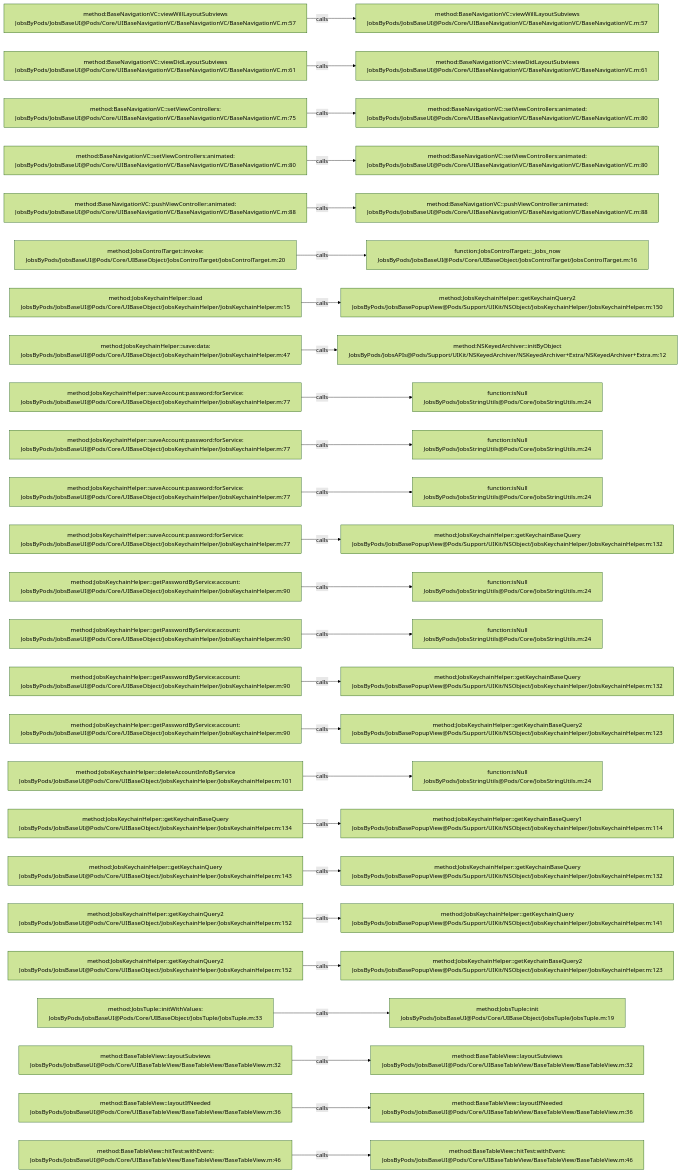
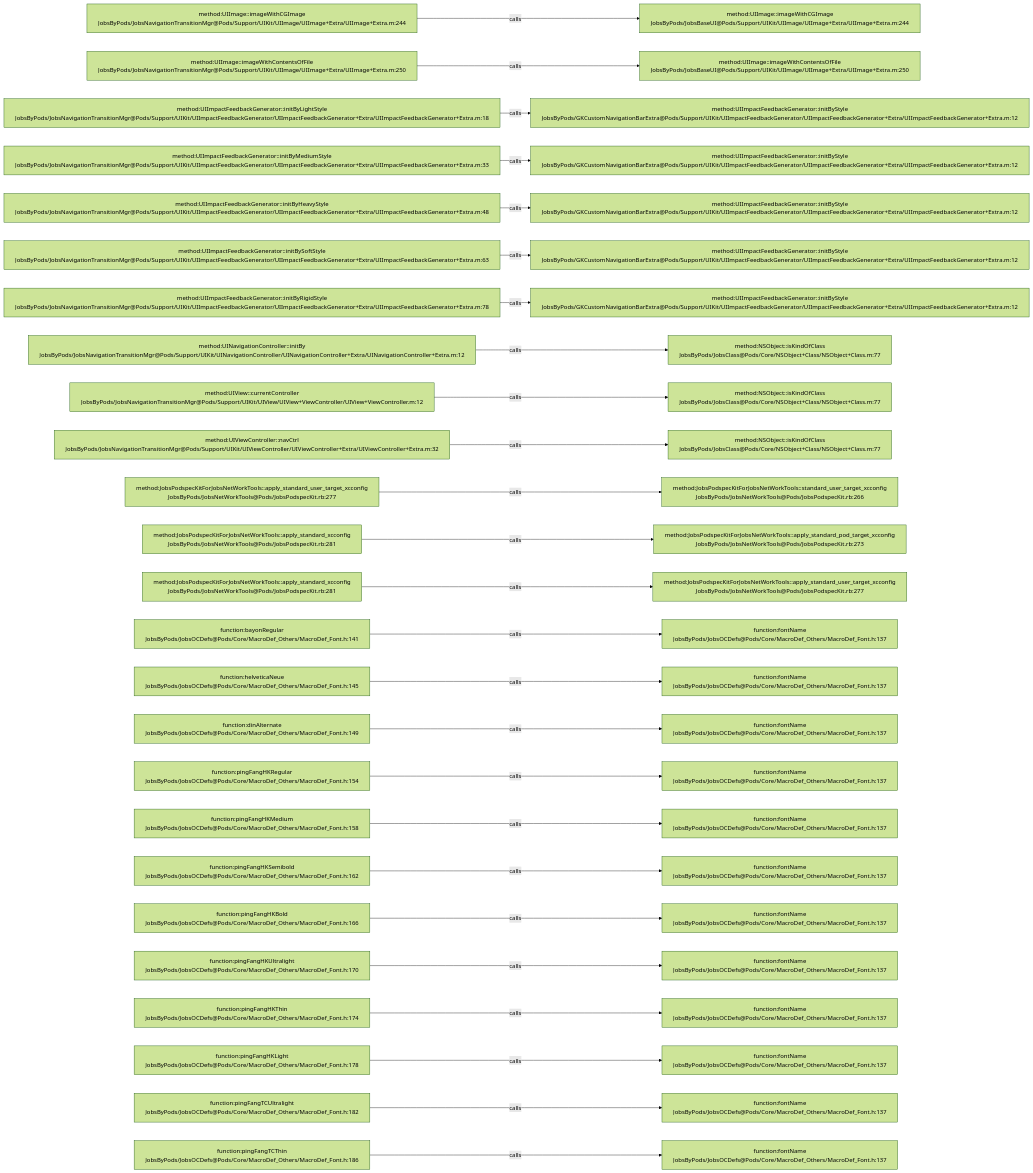
One commit to JobsKits/JobsOCBaseConfigDemo changed the diagram in .codegraph/codegraph.md/graphs/calls-017.md. Above: the diagram before and after it, drawn with Mermaid (forest theme). The commit also changed 2162 other files, not shown here.

````diff
--- a/.codegraph/codegraph.md/graphs/calls-017.md
+++ b/.codegraph/codegraph.md/graphs/calls-017.md
@@ -13,78 +13,78 @@
 ```mermaid
 flowchart LR
-  S1["method:BaseNavigationVC::viewWillLayoutSubviews<br/>JobsByPods/JobsBaseUI@Pods/Core/UIBaseNavigationVC/BaseNavigationVC/BaseNavigationVC.m:57"]
-  T1["method:BaseNavigationVC::viewWillLayoutSubviews<br/>JobsByPods/JobsBaseUI@Pods/Core/UIBaseNavigationVC/BaseNavigationVC/BaseNavigationVC.m:57"]
+  S1["method:UIImage::imageWithCGImage<br/>JobsByPods/JobsNavigationTransitionMgr@Pods/Support/UIKit/UIImage/UIImage+Extra/UIImage+Extra.m:244"]
+  T1["method:UIImage::imageWithCGImage<br/>JobsByPods/JobsBaseUI@Pods/Support/UIKit/UIImage/UIImage+Extra/UIImage+Extra.m:244"]
   S1 -->|calls| T1
-  S2["method:BaseNavigationVC::viewDidLayoutSubviews<br/>JobsByPods/JobsBaseUI@Pods/Core/UIBaseNavigationVC/BaseNavigationVC/BaseNavigationVC.m:61"]
-  T2["method:BaseNavigationVC::viewDidLayoutSubviews<br/>JobsByPods/JobsBaseUI@Pods/Core/UIBaseNavigationVC/BaseNavigationVC/BaseNavigationVC.m:61"]
+  S2["method:UIImage::imageWithContentsOfFile<br/>JobsByPods/JobsNavigationTransitionMgr@Pods/Support/UIKit/UIImage/UIImage+Extra/UIImage+Extra.m:250"]
+  T2["method:UIImage::imageWithContentsOfFile<br/>JobsByPods/JobsBaseUI@Pods/Support/UIKit/UIImage/UIImage+Extra/UIImage+Extra.m:250"]
   S2 -->|calls| T2
-  S3["method:BaseNavigationVC::setViewControllers:<br/>JobsByPods/JobsBaseUI@Pods/Core/UIBaseNavigationVC/BaseNavigationVC/BaseNavigationVC.m:75"]
-  T3["method:BaseNavigationVC::setViewControllers:animated:<br/>JobsByPods/JobsBaseUI@Pods/Core/UIBaseNavigationVC/BaseNavigationVC/BaseNavigationVC.m:80"]
+  S3["method:UIImpactFeedbackGenerator::initByLightStyle<br/>JobsByPods/JobsNavigationTransitionMgr@Pods/Support/UIKit/UIImpactFeedbackGenerator/UIImpactFeedbackGenerator+Extra/UIImpactFeedbackGenerator+Extra.m:18"]
+  T3["method:UIImpactFeedbackGenerator::initByStyle<br/>JobsByPods/GKCustomNavigationBarExtra@Pods/Support/UIKit/UIImpactFeedbackGenerator/UIImpactFeedbackGenerator+Extra/UIImpactFeedbackGenerator+Extra.m:12"]
   S3 -->|calls| T3
-  S4["method:BaseNavigationVC::setViewControllers:animated:<br/>JobsByPods/JobsBaseUI@Pods/Core/UIBaseNavigationVC/BaseNavigationVC/BaseNavigationVC.m:80"]
-  T4["method:BaseNavigationVC::setViewControllers:animated:<br/>JobsByPods/JobsBaseUI@Pods/Core/UIBaseNavigationVC/BaseNavigationVC/BaseNavigationVC.m:80"]
+  S4["method:UIImpactFeedbackGenerator::initByMediumStyle<br/>JobsByPods/JobsNavigationTransitionMgr@Pods/Support/UIKit/UIImpactFeedbackGenerator/UIImpactFeedbackGenerator+Extra/UIImpactFeedbackGenerator+Extra.m:33"]
+  T4["method:UIImpactFeedbackGenerator::initByStyle<br/>JobsByPods/GKCustomNavigationBarExtra@Pods/Support/UIKit/UIImpactFeedbackGenerator/UIImpactFeedbackGenerator+Extra/UIImpactFeedbackGenerator+Extra.m:12"]
   S4 -->|calls| T4
-  S5["method:BaseNavigationVC::pushViewController:animated:<br/>JobsByPods/JobsBaseUI@Pods/Core/UIBaseNavigationVC/BaseNavigationVC/BaseNavigationVC.m:88"]
-  T5["method:BaseNavigationVC::pushViewController:animated:<br/>JobsByPods/JobsBaseUI@Pods/Core/UIBaseNavigationVC/BaseNavigationVC/BaseNavigationVC.m:88"]
+  S5["method:UIImpactFeedbackGenerator::initByHeavyStyle<br/>JobsByPods/JobsNavigationTransitionMgr@Pods/Support/UIKit/UIImpactFeedbackGenerator/UIImpactFeedbackGenerator+Extra/UIImpactFeedbackGenerator+Extra.m:48"]
+  T5["method:UIImpactFeedbackGenerator::initByStyle<br/>JobsByPods/GKCustomNavigationBarExtra@Pods/Support/UIKit/UIImpactFeedbackGenerator/UIImpactFeedbackGenerator+Extra/UIImpactFeedbackGenerator+Extra.m:12"]
   S5 -->|calls| T5
-  S6["method:JobsControlTarget::invoke:<br/>JobsByPods/JobsBaseUI@Pods/Core/UIBaseObject/JobsControlTarget/JobsControlTarget.m:20"]
-  T6["function:JobsControlTarget::_jobs_now<br/>JobsByPods/JobsBaseUI@Pods/Core/UIBaseObject/JobsControlTarget/JobsControlTarget.m:16"]
+  S6["method:UIImpactFeedbackGenerator::initBySoftStyle<br/>JobsByPods/JobsNavigationTransitionMgr@Pods/Support/UIKit/UIImpactFeedbackGenerator/UIImpactFeedbackGenerator+Extra/UIImpactFeedbackGenerator+Extra.m:63"]
+  T6["method:UIImpactFeedbackGenerator::initByStyle<br/>JobsByPods/GKCustomNavigationBarExtra@Pods/Support/UIKit/UIImpactFeedbackGenerator/UIImpactFeedbackGenerator+Extra/UIImpactFeedbackGenerator+Extra.m:12"]
   S6 -->|calls| T6
-  S7["method:JobsKeychainHelper::load<br/>JobsByPods/JobsBaseUI@Pods/Core/UIBaseObject/JobsKeychainHelper/JobsKeychainHelper.m:15"]
-  T7["method:JobsKeychainHelper::getKeychainQuery2<br/>JobsByPods/JobsBasePopupView@Pods/Support/UIKit/NSObject/JobsKeychainHelper/JobsKeychainHelper.m:150"]
+  S7["method:UIImpactFeedbackGenerator::initByRigidStyle<br/>JobsByPods/JobsNavigationTransitionMgr@Pods/Support/UIKit/UIImpactFeedbackGenerator/UIImpactFeedbackGenerator+Extra/UIImpactFeedbackGenerator+Extra.m:78"]
+  T7["method:UIImpactFeedbackGenerator::initByStyle<br/>JobsByPods/GKCustomNavigationBarExtra@Pods/Support/UIKit/UIImpactFeedbackGenerator/UIImpactFeedbackGenerator+Extra/UIImpactFeedbackGenerator+Extra.m:12"]
   S7 -->|calls| T7
-  S8["method:JobsKeychainHelper::save:data:<br/>JobsByPods/JobsBaseUI@Pods/Core/UIBaseObject/JobsKeychainHelper/JobsKeychainHelper.m:47"]
-  T8["method:NSKeyedArchiver::initByObject<br/>JobsByPods/JobsAPIs@Pods/Support/UIKit/NSKeyedArchiver/NSKeyedArchiver+Extra/NSKeyedArchiver+Extra.m:12"]
+  S8["method:UINavigationController::initBy<br/>JobsByPods/JobsNavigationTransitionMgr@Pods/Support/UIKit/UINavigationController/UINavigationController+Extra/UINavigationController+Extra.m:12"]
+  T8["method:NSObject::isKindOfClass<br/>JobsByPods/JobsClass@Pods/Core/NSObject+Class/NSObject+Class.m:77"]
   S8 -->|calls| T8
-  S9["method:JobsKeychainHelper::saveAccount:password:forService:<br/>JobsByPods/JobsBaseUI@Pods/Core/UIBaseObject/JobsKeychainHelper/JobsKeychainHelper.m:77"]
-  T9["function:isNull<br/>JobsByPods/JobsStringUtils@Pods/Core/JobsStringUtils.m:24"]
+  S9["method:UIView::currentController<br/>JobsByPods/JobsNavigationTransitionMgr@Pods/Support/UIKit/UIView/UIView+ViewController/UIView+ViewController.m:12"]
+  T9["method:NSObject::isKindOfClass<br/>JobsByPods/JobsClass@Pods/Core/NSObject+Class/NSObject+Class.m:77"]
   S9 -->|calls| T9
-  S10["method:JobsKeychainHelper::saveAccount:password:forService:<br/>JobsByPods/JobsBaseUI@Pods/Core/UIBaseObject/JobsKeychainHelper/JobsKeychainHelper.m:77"]
-  T10["function:isNull<br/>JobsByPods/JobsStringUtils@Pods/Core/JobsStringUtils.m:24"]
+  S10["method:UIViewController::navCtrl<br/>JobsByPods/JobsNavigationTransitionMgr@Pods/Support/UIKit/UIViewController/UIViewController+Extra/UIViewController+Extra.m:32"]
+  T10["method:NSObject::isKindOfClass<br/>JobsByPods/JobsClass@Pods/Core/NSObject+Class/NSObject+Class.m:77"]
   S10 -->|calls| T10
-  S11["method:JobsKeychainHelper::saveAccount:password:forService:<br/>JobsByPods/JobsBaseUI@Pods/Core/UIBaseObject/JobsKeychainHelper/JobsKeychainHelper.m:77"]
-  T11["function:isNull<br/>JobsByPods/JobsStringUtils@Pods/Core/JobsStringUtils.m:24"]
+  S11["method:JobsPodspecKitForJobsNetWorkTools::apply_standard_user_target_xcconfig<br/>JobsByPods/JobsNetWorkTools@Pods/JobsPodspecKit.rb:277"]
+  T11["method:JobsPodspecKitForJobsNetWorkTools::standard_user_target_xcconfig<br/>JobsByPods/JobsNetWorkTools@Pods/JobsPodspecKit.rb:266"]
   S11 -->|calls| T11
-  S12["method:JobsKeychainHelper::saveAccount:password:forService:<br/>JobsByPods/JobsBaseUI@Pods/Core/UIBaseObject/JobsKeychainHelper/JobsKeychainHelper.m:77"]
-  T12["method:JobsKeychainHelper::getKeychainBaseQuery<br/>JobsByPods/JobsBasePopupView@Pods/Support/UIKit/NSObject/JobsKeychainHelper/JobsKeychainHelper.m:132"]
+  S12["method:JobsPodspecKitForJobsNetWorkTools::apply_standard_xcconfig<br/>JobsByPods/JobsNetWorkTools@Pods/JobsPodspecKit.rb:281"]
+  T12["method:JobsPodspecKitForJobsNetWorkTools::apply_standard_pod_target_xcconfig<br/>JobsByPods/JobsNetWorkTools@Pods/JobsPodspecKit.rb:273"]
   S12 -->|calls| T12
-  S13["method:JobsKeychainHelper::getPasswordByService:account:<br/>JobsByPods/JobsBaseUI@Pods/Core/UIBaseObject/JobsKeychainHelper/JobsKeychainHelper.m:90"]
-  T13["function:isNull<br/>JobsByPods/JobsStringUtils@Pods/Core/JobsStringUtils.m:24"]
+  S13["method:JobsPodspecKitForJobsNetWorkTools::apply_standard_xcconfig<br/>JobsByPods/JobsNetWorkTools@Pods/JobsPodspecKit.rb:281"]
+  T13["method:JobsPodspecKitForJobsNetWorkTools::apply_standard_user_target_xcconfig<br/>JobsByPods/JobsNetWorkTools@Pods/JobsPodspecKit.rb:277"]
   S13 -->|calls| T13
-  S14["method:JobsKeychainHelper::getPasswordByService:account:<br/>JobsByPods/JobsBaseUI@Pods/Core/UIBaseObject/JobsKeychainHelper/JobsKeychainHelper.m:90"]
-  T14["function:isNull<br/>JobsByPods/JobsStringUtils@Pods/Core/JobsStringUtils.m:24"]
+  S14["function:bayonRegular<br/>JobsByPods/JobsOCDefs@Pods/Core/MacroDef_Others/MacroDef_Font.h:141"]
+  T14["function:fontName<br/>JobsByPods/JobsOCDefs@Pods/Core/MacroDef_Others/MacroDef_Font.h:137"]
   S14 -->|calls| T14
-  S15["method:JobsKeychainHelper::getPasswordByService:account:<br/>JobsByPods/JobsBaseUI@Pods/Core/UIBaseObject/JobsKeychainHelper/JobsKeychainHelper.m:90"]
-  T15["method:JobsKeychainHelper::getKeychainBaseQuery<br/>JobsByPods/JobsBasePopupView@Pods/Support/UIKit/NSObject/JobsKeychainHelper/JobsKeychainHelper.m:132"]
+  S15["function:helveticaNeue<br/>JobsByPods/JobsOCDefs@Pods/Core/MacroDef_Others/MacroDef_Font.h:145"]
+  T15["function:fontName<br/>JobsByPods/JobsOCDefs@Pods/Core/MacroDef_Others/MacroDef_Font.h:137"]
   S15 -->|calls| T15
-  S16["method:JobsKeychainHelper::getPasswordByService:account:<br/>JobsByPods/JobsBaseUI@Pods/Core/UIBaseObject/JobsKeychainHelper/JobsKeychainHelper.m:90"]
-  T16["method:JobsKeychainHelper::getKeychainBaseQuery2<br/>JobsByPods/JobsBasePopupView@Pods/Support/UIKit/NSObject/JobsKeychainHelper/JobsKeychainHelper.m:123"]
+  S16["function:dinAlternate<br/>JobsByPods/JobsOCDefs@Pods/Core/MacroDef_Others/MacroDef_Font.h:149"]
+  T16["function:fontName<br/>JobsByPods/JobsOCDefs@Pods/Core/MacroDef_Others/MacroDef_Font.h:137"]
   S16 -->|calls| T16
-  S17["method:JobsKeychainHelper::deleteAccountInfoByService<br/>JobsByPods/JobsBaseUI@Pods/Core/UIBaseObject/JobsKeychainHelper/JobsKeychainHelper.m:101"]
-  T17["function:isNull<br/>JobsByPods/JobsStringUtils@Pods/Core/JobsStringUtils.m:24"]
+  S17["function:pingFangHKRegular<br/>JobsByPods/JobsOCDefs@Pods/Core/MacroDef_Others/MacroDef_Font.h:154"]
+  T17["function:fontName<br/>JobsByPods/JobsOCDefs@Pods/Core/MacroDef_Others/MacroDef_Font.h:137"]
   S17 -->|calls| T17
-  S18["method:JobsKeychainHelper::getKeychainBaseQuery<br/>JobsByPods/JobsBaseUI@Pods/Core/UIBaseObject/JobsKeychainHelper/JobsKeychainHelper.m:134"]
-  T18["method:JobsKeychainHelper::getKeychainBaseQuery1<br/>JobsByPods/JobsBasePopupView@Pods/Support/UIKit/NSObject/JobsKeychainHelper/JobsKeychainHelper.m:114"]
+  S18["function:pingFangHKMedium<br/>JobsByPods/JobsOCDefs@Pods/Core/MacroDef_Others/MacroDef_Font.h:158"]
+  T18["function:fontName<br/>JobsByPods/JobsOCDefs@Pods/Core/MacroDef_Others/MacroDef_Font.h:137"]
   S18 -->|calls| T18
-  S19["method:JobsKeychainHelper::getKeychainQuery<br/>JobsByPods/JobsBaseUI@Pods/Core/UIBaseObject/JobsKeychainHelper/JobsKeychainHelper.m:143"]
-  T19["method:JobsKeychainHelper::getKeychainBaseQuery<br/>JobsByPods/JobsBasePopupView@Pods/Support/UIKit/NSObject/JobsKeychainHelper/JobsKeychainHelper.m:132"]
+  S19["function:pingFangHKSemibold<br/>JobsByPods/JobsOCDefs@Pods/Core/MacroDef_Others/MacroDef_Font.h:162"]
+  T19["function:fontName<br/>JobsByPods/JobsOCDefs@Pods/Core/MacroDef_Others/MacroDef_Font.h:137"]
   S19 -->|calls| T19
-  S20["method:JobsKeychainHelper::getKeychainQuery2<br/>JobsByPods/JobsBaseUI@Pods/Core/UIBaseObject/JobsKeychainHelper/JobsKeychainHelper.m:152"]
-  T20["method:JobsKeychainHelper::getKeychainQuery<br/>JobsByPods/JobsBasePopupView@Pods/Support/UIKit/NSObject/JobsKeychainHelper/JobsKeychainHelper.m:141"]
+  S20["function:pingFangHKBold<br/>JobsByPods/JobsOCDefs@Pods/Core/MacroDef_Others/MacroDef_Font.h:166"]
+  T20["function:fontName<br/>JobsByPods/JobsOCDefs@Pods/Core/MacroDef_Others/MacroDef_Font.h:137"]
   S20 -->|calls| T20
-  S21["method:JobsKeychainHelper::getKeychainQuery2<br/>JobsByPods/JobsBaseUI@Pods/Core/UIBaseObject/JobsKeychainHelper/JobsKeychainHelper.m:152"]
-  T21["method:JobsKeychainHelper::getKeychainBaseQuery2<br/>JobsByPods/JobsBasePopupView@Pods/Support/UIKit/NSObject/JobsKeychainHelper/JobsKeychainHelper.m:123"]
+  S21["function:pingFangHKUltralight<br/>JobsByPods/JobsOCDefs@Pods/Core/MacroDef_Others/MacroDef_Font.h:170"]
+  T21["function:fontName<br/>JobsByPods/JobsOCDefs@Pods/Core/MacroDef_Others/MacroDef_Font.h:137"]
   S21 -->|calls| T21
-  S22["method:JobsTuple::initWithValues:<br/>JobsByPods/JobsBaseUI@Pods/Core/UIBaseObject/JobsTuple/JobsTuple.m:33"]
-  T22["method:JobsTuple::init<br/>JobsByPods/JobsBaseUI@Pods/Core/UIBaseObject/JobsTuple/JobsTuple.m:19"]
+  S22["function:pingFangHKThin<br/>JobsByPods/JobsOCDefs@Pods/Core/MacroDef_Others/MacroDef_Font.h:174"]
+  T22["function:fontName<br/>JobsByPods/JobsOCDefs@Pods/Core/MacroDef_Others/MacroDef_Font.h:137"]
   S22 -->|calls| T22
-  S23["method:BaseTableView::layoutSubviews<br/>JobsByPods/JobsBaseUI@Pods/Core/UIBaseTableView/BaseTableView/BaseTableView.m:32"]
-  T23["method:BaseTableView::layoutSubviews<br/>JobsByPods/JobsBaseUI@Pods/Core/UIBaseTableView/BaseTableView/BaseTableView.m:32"]
+  S23["function:pingFangHKLight<br/>JobsByPods/JobsOCDefs@Pods/Core/MacroDef_Others/MacroDef_Font.h:178"]
+  T23["function:fontName<br/>JobsByPods/JobsOCDefs@Pods/Core/MacroDef_Others/MacroDef_Font.h:137"]
   S23 -->|calls| T23
-  S24["method:BaseTableView::layoutIfNeeded<br/>JobsByPods/JobsBaseUI@Pods/Core/UIBaseTableView/BaseTableView/BaseTableView.m:36"]
-  T24["method:BaseTableView::layoutIfNeeded<br/>JobsByPods/JobsBaseUI@Pods/Core/UIBaseTableView/BaseTableView/BaseTableView.m:36"]
+  S24["function:pingFangTCUltralight<br/>JobsByPods/JobsOCDefs@Pods/Core/MacroDef_Others/MacroDef_Font.h:182"]
+  T24["function:fontName<br/>JobsByPods/JobsOCDefs@Pods/Core/MacroDef_Others/MacroDef_Font.h:137"]
   S24 -->|calls| T24
-  S25["method:BaseTableView::hitTest:withEvent:<br/>JobsByPods/JobsBaseUI@Pods/Core/UIBaseTableView/BaseTableView/BaseTableView.m:46"]
-  T25["method:BaseTableView::hitTest:withEvent:<br/>JobsByPods/JobsBaseUI@Pods/Core/UIBaseTableView/BaseTableView/BaseTableView.m:46"]
+  S25["function:pingFangTCThin<br/>JobsByPods/JobsOCDefs@Pods/Core/MacroDef_Others/MacroDef_Font.h:186"]
+  T25["function:fontName<br/>JobsByPods/JobsOCDefs@Pods/Core/MacroDef_Others/MacroDef_Font.h:137"]
   S25 -->|calls| T25
 ```
````
